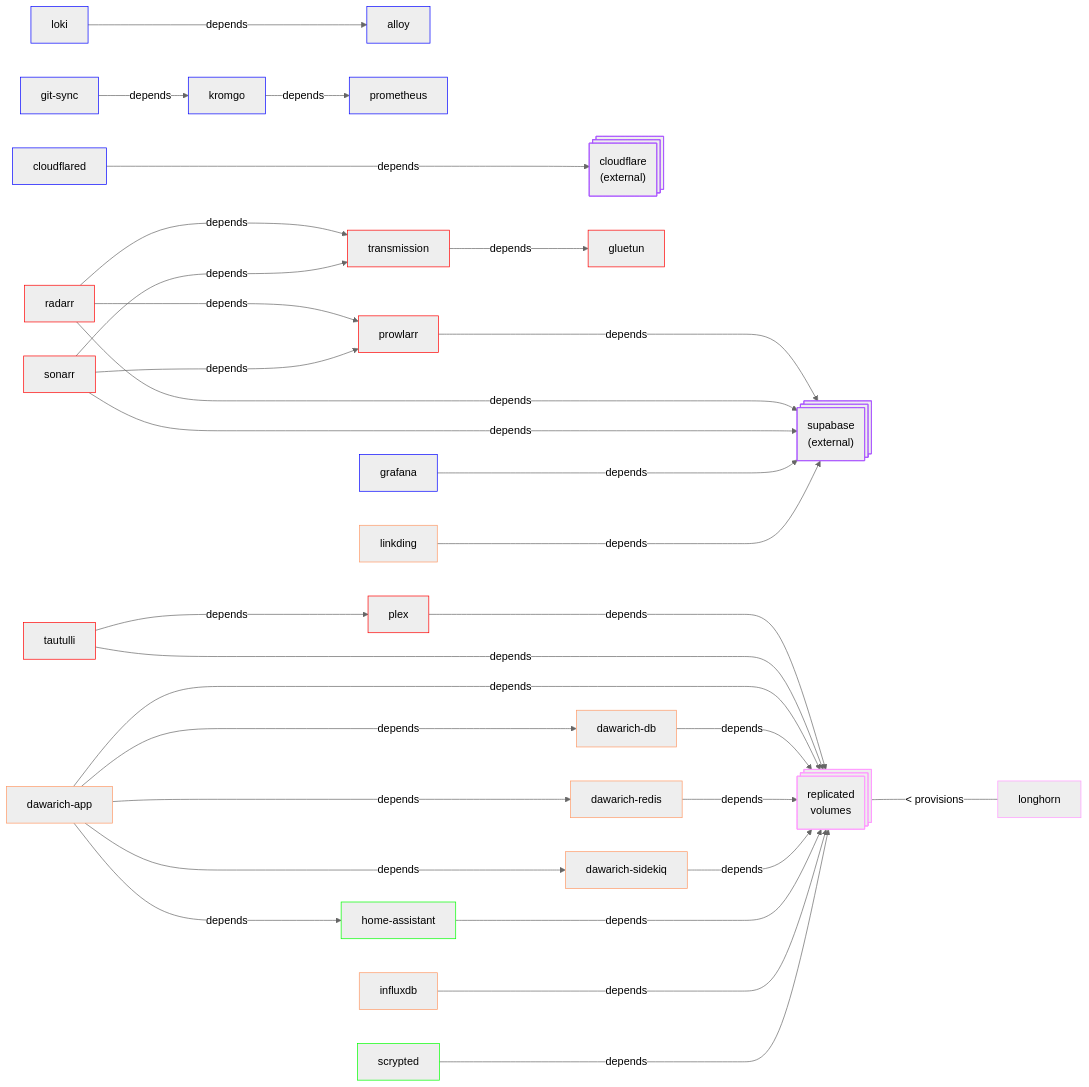
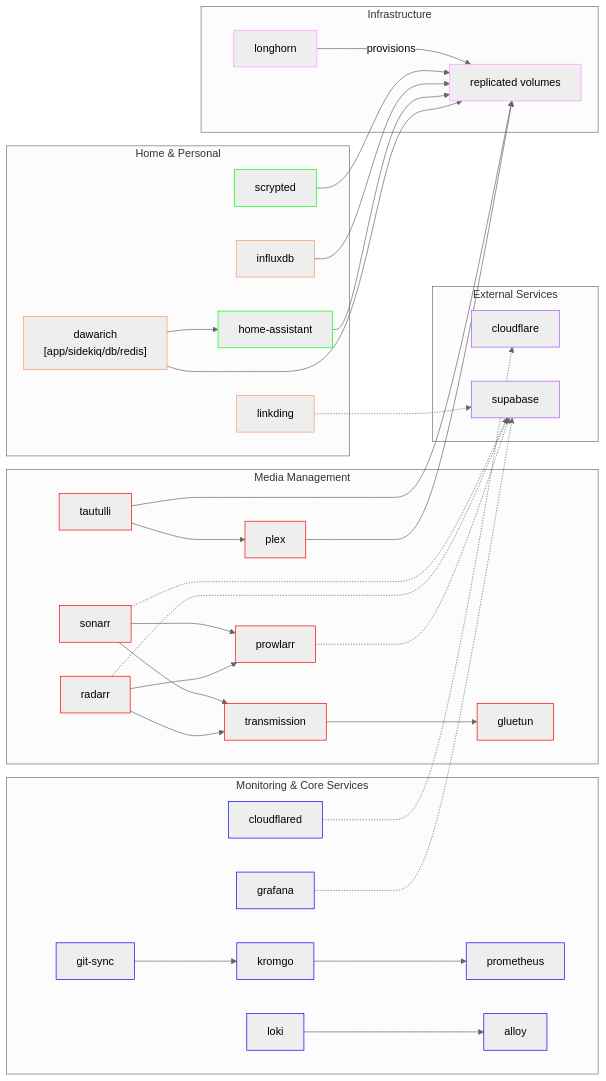
One commit to jaredfiorali/infrastructure changed the first of 3 diagrams in README.md. Above: the diagram before and after it, drawn with Mermaid (neutral theme).

Commit message:
Complete diagram overhaul

````diff
--- a/README.md
+++ b/README.md
@@ -107,44 +107,82 @@
 ```mermaid
 graph LR
-W[cloudflared]:::blue -----> |depends| X[cloudflare]
-Z[git-sync]:::blue --> |depends| N[kromgo]
-O[loki]:::blue ---> |depends| K[alloy]
-N[kromgo]:::blue --> |depends| I[prometheus]
-B[prowlarr]:::red -----> |depends| Y[supabase]
-C[radarr]:::red ---> |depends| B[prowlarr]
-C[radarr]:::red ---> |depends| F[transmission]
-C[radarr]:::red -----> |depends| Y[supabase]
-D[sonarr]:::red ---> |depends| B[prowlarr]
-D[sonarr]:::red ---> |depends| F[transmission]
-D[sonarr]:::red -----> |depends| Y[supabase]
-F[transmission]:::red ---> |depends| G[gluetun]
-G[gluetun]:::red
-L[grafana]:::blue -----> |depends| Y[supabase]
-V[linkding]:::orange -----> |depends| Y[supabase]
-E[tautulli]:::red ---> |depends| A[plex]
-A[plex]:::red -----> |depends| H[replicated\nvolumes]
-E[tautulli]:::red -----> |depends| H[replicated\nvolumes]
-T[dawarich-app]:::orange ---> |depends| S[home-assistant]
-T[dawarich-app]:::orange ---> |depends| U[dawarich-db]
-T[dawarich-app]:::orange ---> |depends| P[dawarich-redis]
-T[dawarich-app]:::orange ---> |depends| Q[dawarich-sidekiq]
-T[dawarich-app]:::orange ---> |depends| H[replicated\nvolumes]
-U[dawarich-db]:::orange ---> |depends| H[replicated\nvolumes]
-P[dawarich-redis]:::orange ---> |depends| H[replicated\nvolumes]
-Q[dawarich-sidekiq]:::orange ---> |depends| H[replicated\nvolumes]
-S[home-assistant]:::green -----> |depends| H[replicated\nvolumes]
-M[influxdb]:::orange -----> |depends| H[replicated\nvolumes]
-R[scrypted]:::green -----> |depends| H[replicated\nvolumes]
-I[prometheus]:::blue
-K[alloy]:::blue
-H:::pink@{ shape: processes, label: "replicated\nvolumes" } <--- |< provisions| J[longhorn]:::pink
-Y:::purple@{ shape: processes, label: "supabase\n(external)" }
-X:::purple@{ shape: processes, label: "cloudflare\n(external)" }
+    subgraph "External Services"
+        X[cloudflare]:::purple
+        Y[supabase]:::purple
+    end
+
+    subgraph "Monitoring & Core Services"
+        L[grafana]:::blue
+        Z[git-sync]:::blue
+        N[kromgo]:::blue
+        I[prometheus]:::blue
+        O[loki]:::blue
+        K[alloy]:::blue
+        W[cloudflared]:::blue
+    end
+
+    subgraph "Media Management"
+        C[radarr]:::red
+        D[sonarr]:::red
+        B[prowlarr]:::red
+        F[transmission]:::red
+        G[gluetun]:::red
+        A[plex]:::red
+        E[tautulli]:::red
+    end
+
+    subgraph "Home & Personal"
+        T[dawarich<br>#91;app/sidekiq/db/redis#93;]:::orange
+        S[home-assistant]:::green
+        R[scrypted]:::green
+        V[linkding]:::orange
+        M[influxdb]:::orange
+    end
+
+    subgraph "Infrastructure"
+        J[longhorn]:::pink
+        H[replicated volumes]:::pink
+    end
+
+    %% External dependencies
+    W -.-> X
+    L -.-> Y
+    B -.-> Y
+    C -.-> Y
+    D -.-> Y
+    V -.-> Y
+
+    %% Monitoring flow
+    Z --> N
+    N --> I
+    O --> K
+
+    %% Media management flow
+    C --> B
+    C --> F
+    D --> B
+    D --> F
+    F --> G
+    E --> A
+
+    %% Dawarich dependencies
+    T --> S
+
+    %% Storage dependencies
+    A --> H
+    E --> H
+    T --> H
+    S --> H
+    M --> H
+    R --> H
+
+    %% Infrastructure provisioning
+    J --> |provisions| H
 
 classDef red stroke:#f00
 classDef blue stroke:#00f
 classDef green stroke:#0f0
 classDef orange stroke:#f96
 classDef pink stroke:#f9f
 classDef purple stroke:#a5f
 ```
````
